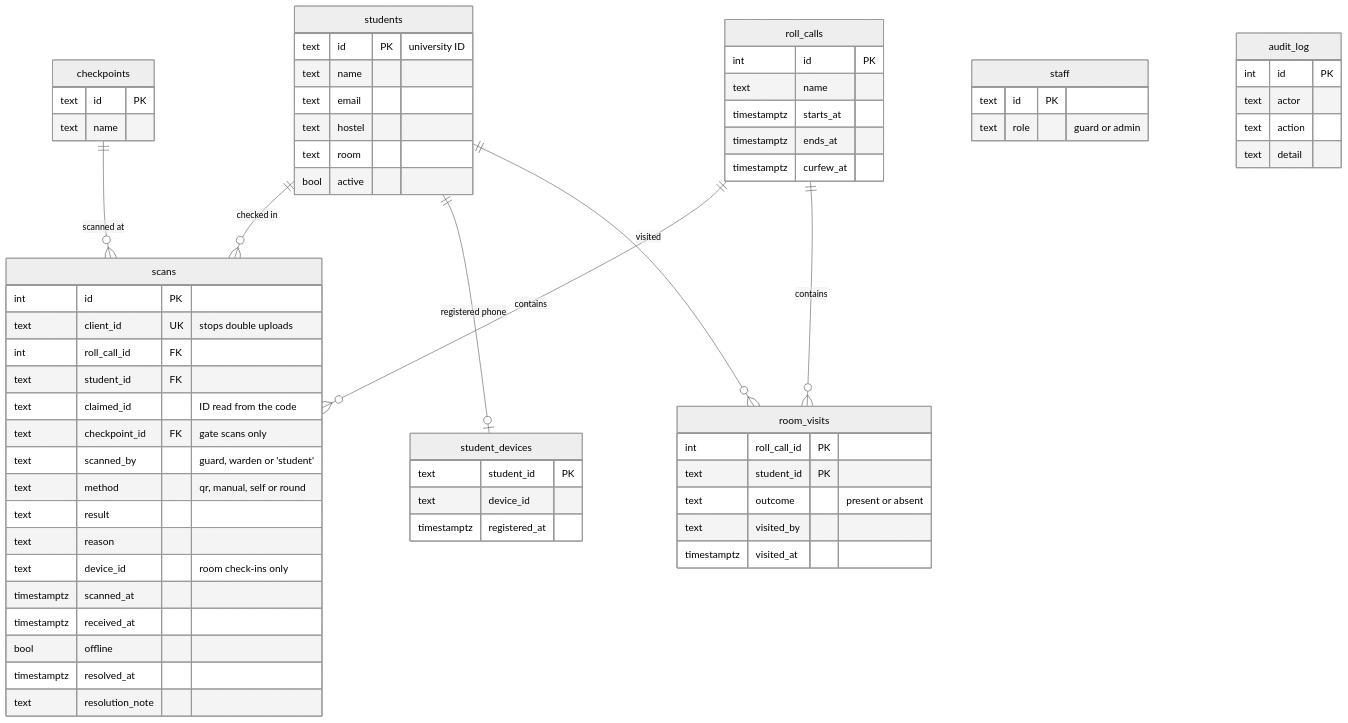
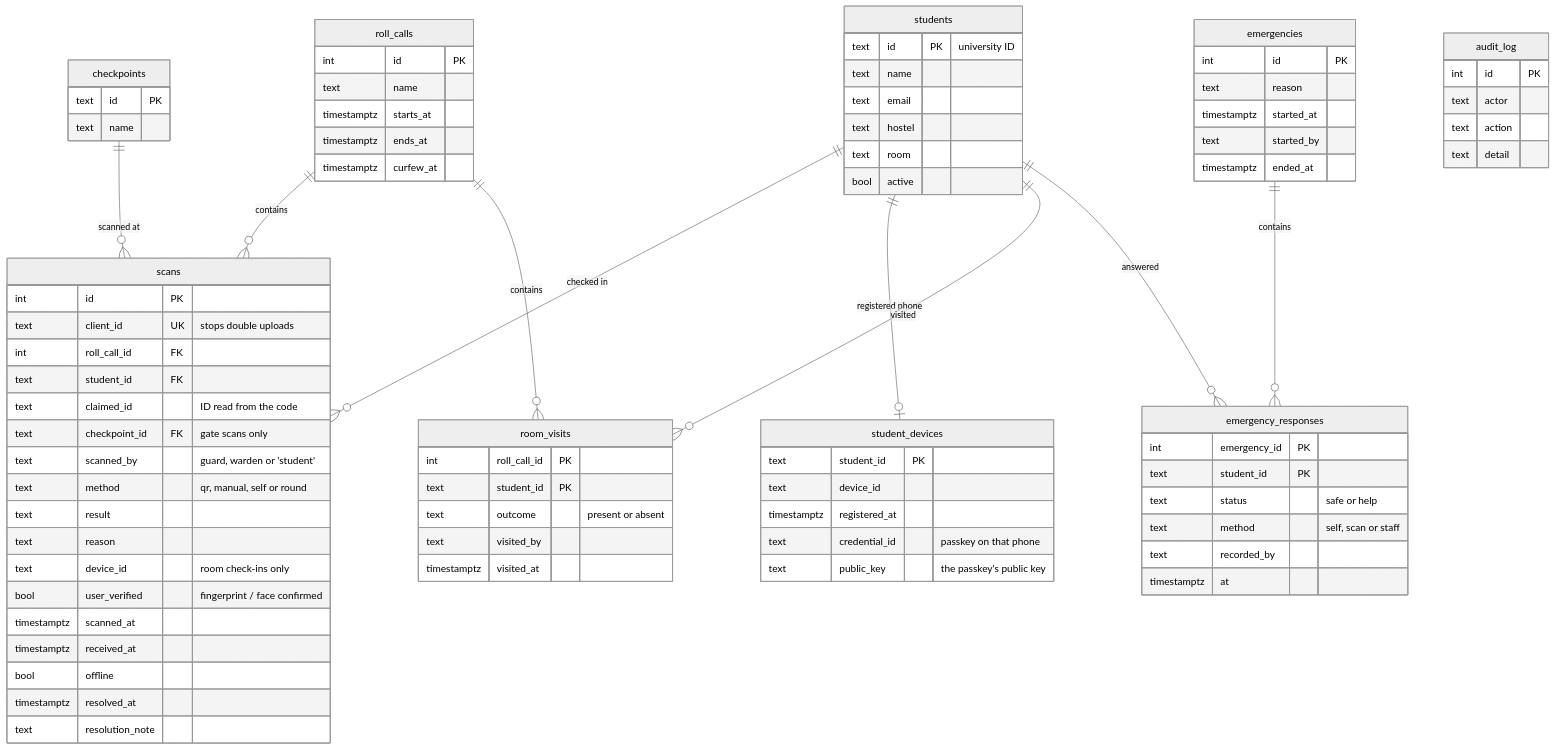
One commit to RithikhC/CampusOPS changed the fourth of 4 diagrams in docs/TECHNICAL.md. Above: the diagram before and after it, drawn with Mermaid (neutral theme). The commit also changed other lines of this file and 14 other files, not shown here.

```diff
--- a/docs/TECHNICAL.md
+++ b/docs/TECHNICAL.md
@@ -148,8 +191,10 @@
     students ||--o{ scans : "checked in"
     students ||--o| student_devices : "registered phone"
     students ||--o{ room_visits : "visited"
+    students ||--o{ emergency_responses : "answered"
     roll_calls ||--o{ scans : contains
     roll_calls ||--o{ room_visits : contains
+    emergencies ||--o{ emergency_responses : contains
     checkpoints ||--o{ scans : "scanned at"
     students {
       text id PK "university ID"
@@ -178,6 +223,7 @@
       text result
       text reason
       text device_id "room check-ins only"
+      bool user_verified "fingerprint / face confirmed"
       timestamptz scanned_at
       timestamptz received_at
       bool offline
@@ -188,6 +234,8 @@
       text student_id PK
       text device_id
       timestamptz registered_at
+      text credential_id "passkey on that phone"
+      text public_key "the passkey's public key"
     }
     room_visits {
       int roll_call_id PK
@@ -196,9 +244,20 @@
       text visited_by
       timestamptz visited_at
     }
-    staff {
-      text id PK
-      text role "guard or admin"
+    emergencies {
+      int id PK
+      text reason
+      timestamptz started_at
+      text started_by
+      timestamptz ended_at
+    }
+    emergency_responses {
+      int emergency_id PK
+      text student_id PK
+      text status "safe or help"
+      text method "self, scan or staff"
+      text recorded_by
+      timestamptz at
     }
     checkpoints {
       text id PK
```
